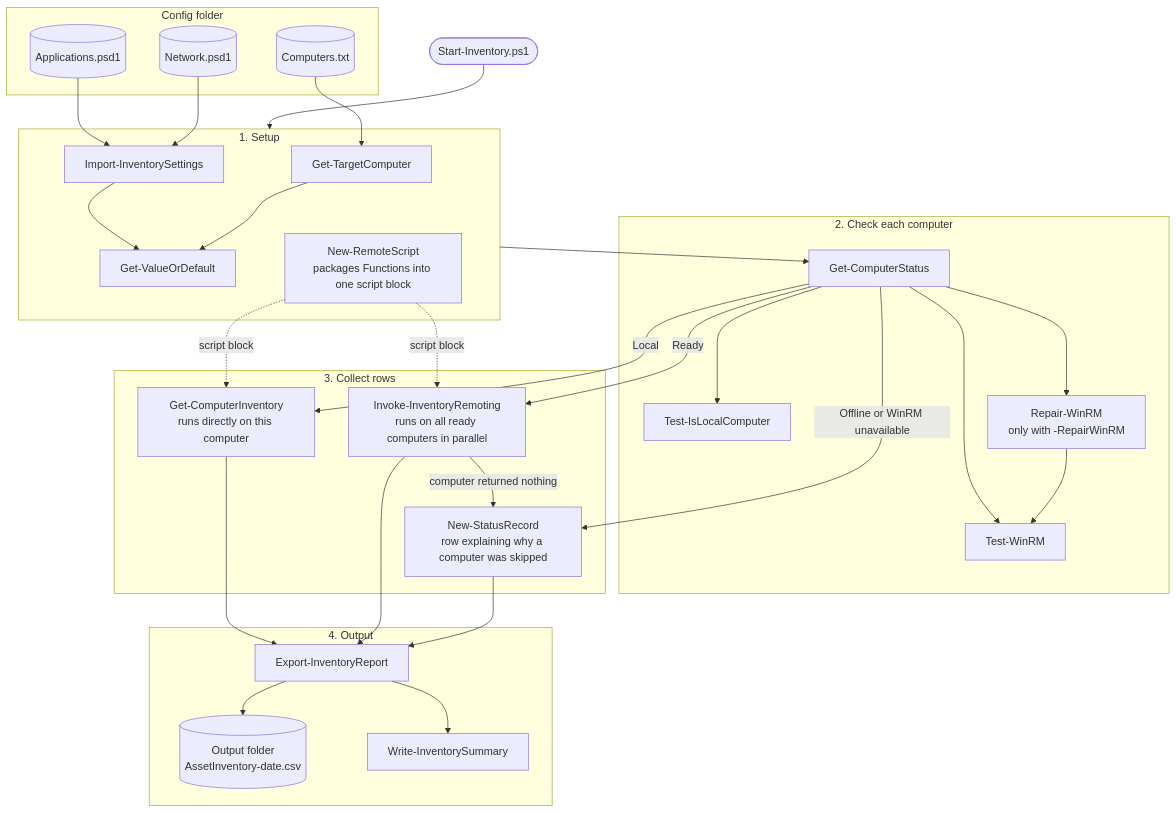
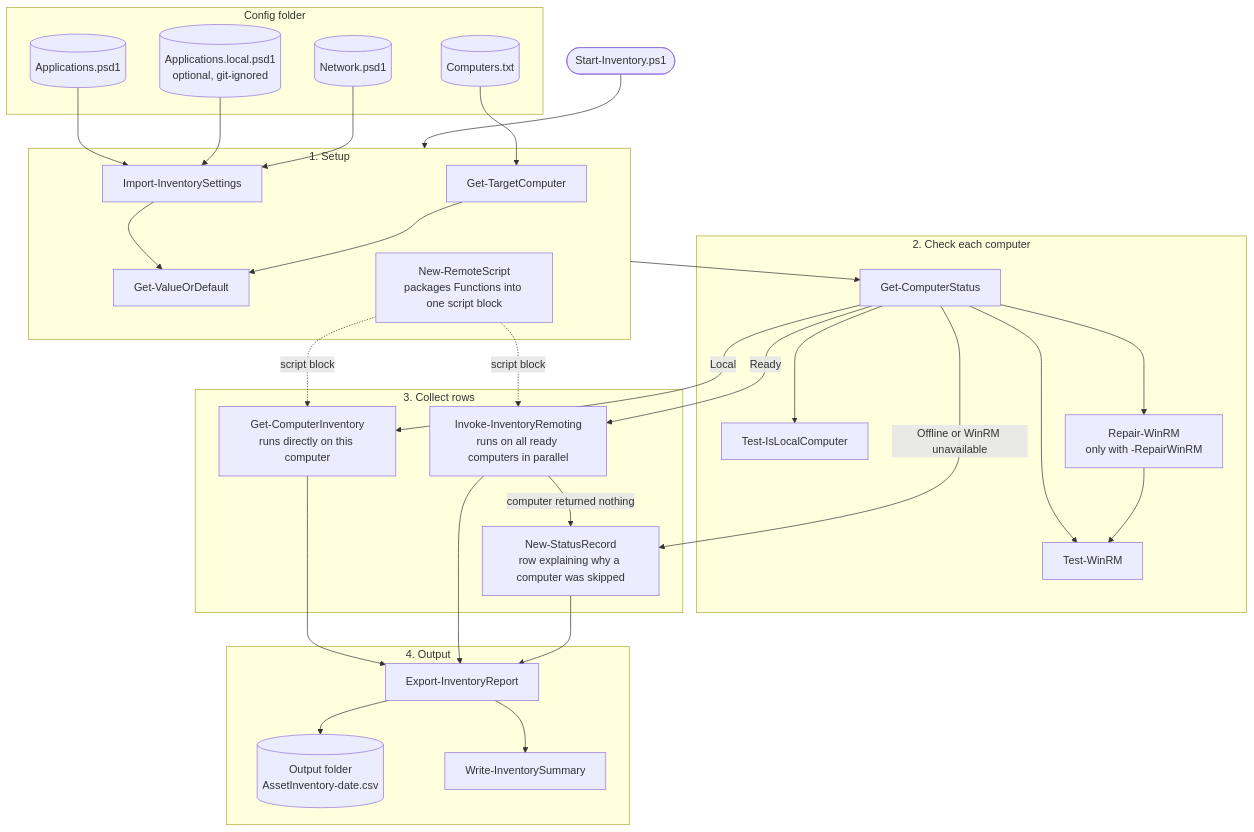
The first of 2 diagrams in README.md (Shawn-Nichol/PowerShell-Asset-Inventory), drawn with Mermaid before and after one commit. The commit also changed other lines of this file and 5 other files, not shown here.

First line of the commit message:
Support a private, git-ignored application list

````diff
--- a/README.md
+++ b/README.md
@@ -114,62 +117,64 @@
 ```mermaid
 flowchart TD
     Start(["Start-Inventory.ps1"])
 
     subgraph Config["Config folder"]
         Apps[("Applications.psd1")]
+        LocalApps[("Applications.local.psd1<br/>optional, git-ignored")]
         Net[("Network.psd1")]
         List[("Computers.txt")]
     end
 
     subgraph Setup["1. Setup"]
         Import["Import-InventorySettings"]
         Targets["Get-TargetComputer"]
         Default["Get-ValueOrDefault"]
         Package["New-RemoteScript<br/>packages Functions into one script block"]
     end
 
     subgraph Check["2. Check each computer"]
         Status["Get-ComputerStatus"]
         IsLocal["Test-IsLocalComputer"]
         WinRM["Test-WinRM"]
         Repair["Repair-WinRM<br/>only with -RepairWinRM"]
     end
 
     subgraph Collect["3. Collect rows"]
         LocalRun["Get-ComputerInventory<br/>runs directly on this computer"]
         Remoting["Invoke-InventoryRemoting<br/>runs on all ready computers in parallel"]
         StatusRec["New-StatusRecord<br/>row explaining why a computer was skipped"]
     end
 
     subgraph Output["4. Output"]
         Export["Export-InventoryReport"]
         Csv[("Output folder<br/>AssetInventory-date.csv")]
         Summary["Write-InventorySummary"]
     end
 
     Start --> Setup
     Apps --> Import
+    LocalApps --> Import
     Net --> Import
     List --> Targets
     Import --> Default
     Targets --> Default
 
     Setup --> Status
     Status --> IsLocal
     Status --> WinRM
     Status --> Repair
     Repair --> WinRM
 
     Status -->|Local| LocalRun
     Status -->|Ready| Remoting
     Status -->|Offline or WinRM unavailable| StatusRec
     Remoting -->|computer returned nothing| StatusRec
     Package -.->|script block| LocalRun
     Package -.->|script block| Remoting
 
     LocalRun --> Export
     Remoting --> Export
     StatusRec --> Export
     Export --> Csv
     Export --> Summary
 ```
````
